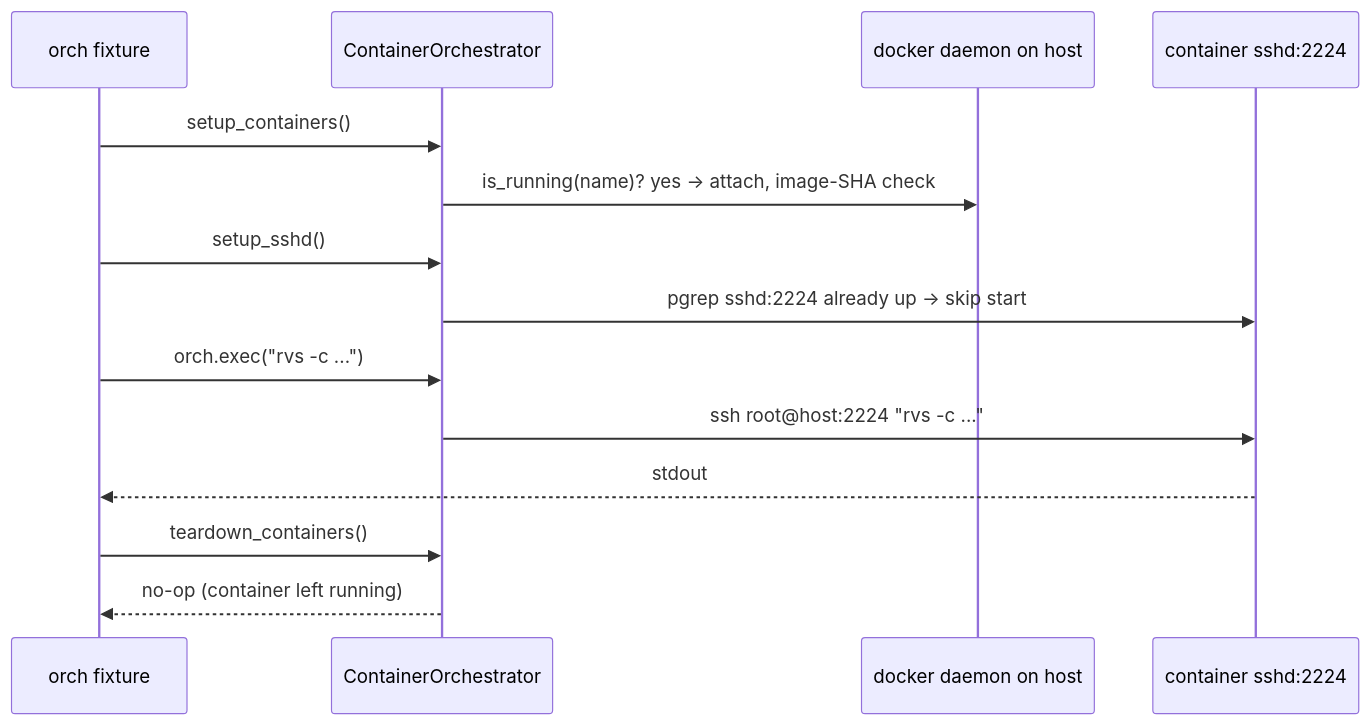
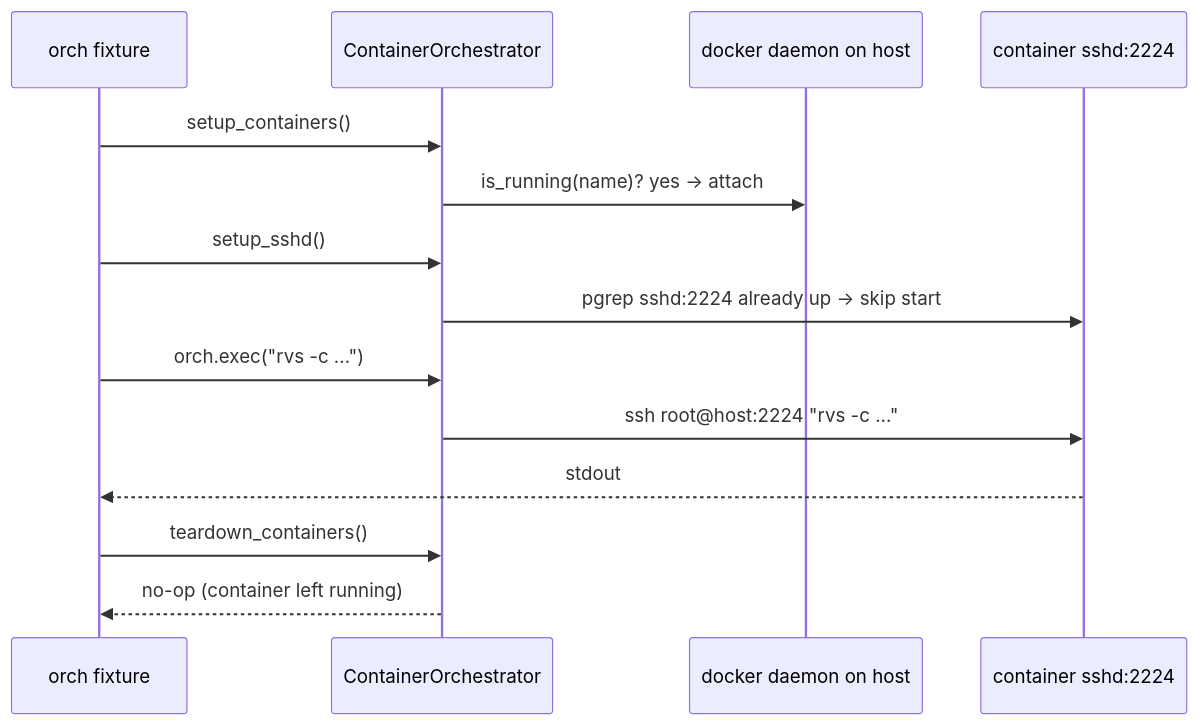
Before and after one commit to ROCm/cvs: the second of 2 diagrams in cvs/input/cluster_file/README.md, drawn with Mermaid. The commit also changed other lines of this file and 11 other files, not shown here.

````diff
--- a/cvs/input/cluster_file/README.md
+++ b/cvs/input/cluster_file/README.md
@@ -117,17 +116,17 @@
 ```mermaid
 sequenceDiagram
     participant TestFix as orch fixture
     participant ContainerOrch as ContainerOrchestrator
     participant Docker as docker daemon on host
     participant Sshd as container sshd:2224
 
     TestFix->>ContainerOrch: setup_containers()
-    ContainerOrch->>Docker: is_running(name)? yes -> attach, image-SHA check
+    ContainerOrch->>Docker: is_running(name)? yes -> attach
     TestFix->>ContainerOrch: setup_sshd()
     ContainerOrch->>Sshd: pgrep sshd:2224 already up -> skip start
     TestFix->>ContainerOrch: orch.exec("rvs -c ...")
     ContainerOrch->>Sshd: ssh root@host:2224 "rvs -c ..."
     Sshd-->>TestFix: stdout
     TestFix->>ContainerOrch: teardown_containers()
     ContainerOrch-->>TestFix: no-op (container left running)
 ```
````
